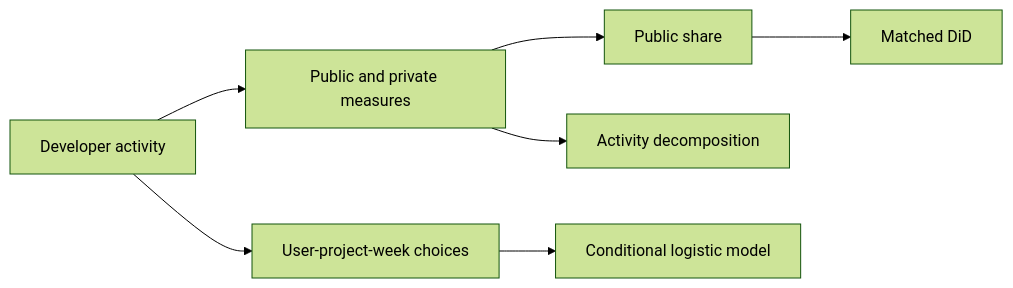
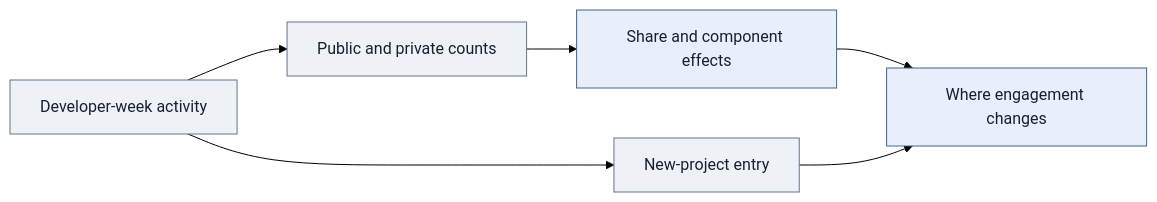
The diagram in README.md (SardarBonabi/behavioral-analytics-effort-allocation), drawn with Mermaid (forest theme) before and after one commit. The commit also changed other lines of this file, not shown here.

Commit message:
Reframe README around engagement and participation decisions

````diff
--- a/README.md
+++ b/README.md
@@ -30,9 +63,13 @@
 ```mermaid
 flowchart LR
-    A[Developer activity] --> B[Public and private measures]
-    B --> C[Public share]
-    C --> D[Matched DiD]
-    B --> E[Activity decomposition]
-    A --> F[User-project-week choices]
-    F --> G[Conditional logistic model]
+    A["Developer-week activity"] --> B["Public and private counts"]
+    B --> C["Share and component effects"]
+    A --> D["New-project entry"]
+    C --> E["Where engagement changes"]
+    D --> E
+    style A fill:#eef2f6,stroke:#64748b,color:#172033
+    style B fill:#eef2f6,stroke:#64748b,color:#172033
+    style C fill:#e8effa,stroke:#45658d,color:#172033
+    style D fill:#eef2f6,stroke:#64748b,color:#172033
+    style E fill:#e8effa,stroke:#45658d,color:#172033
 ```
````
